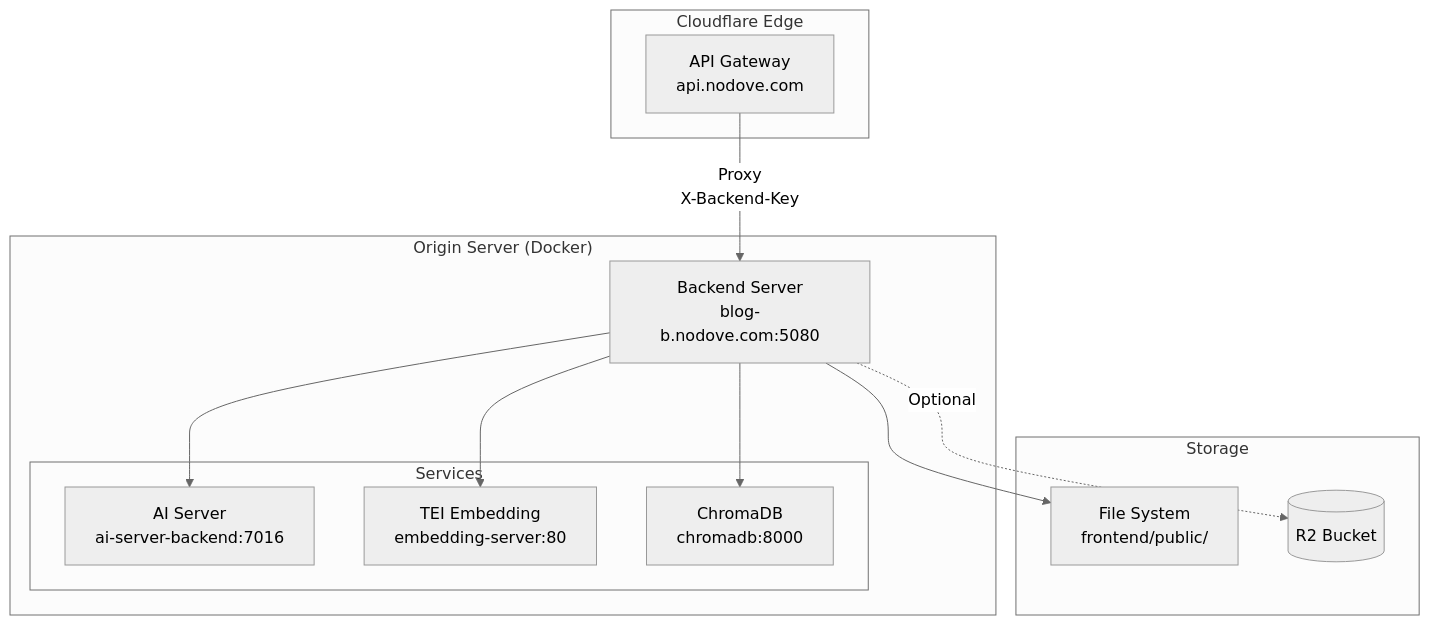
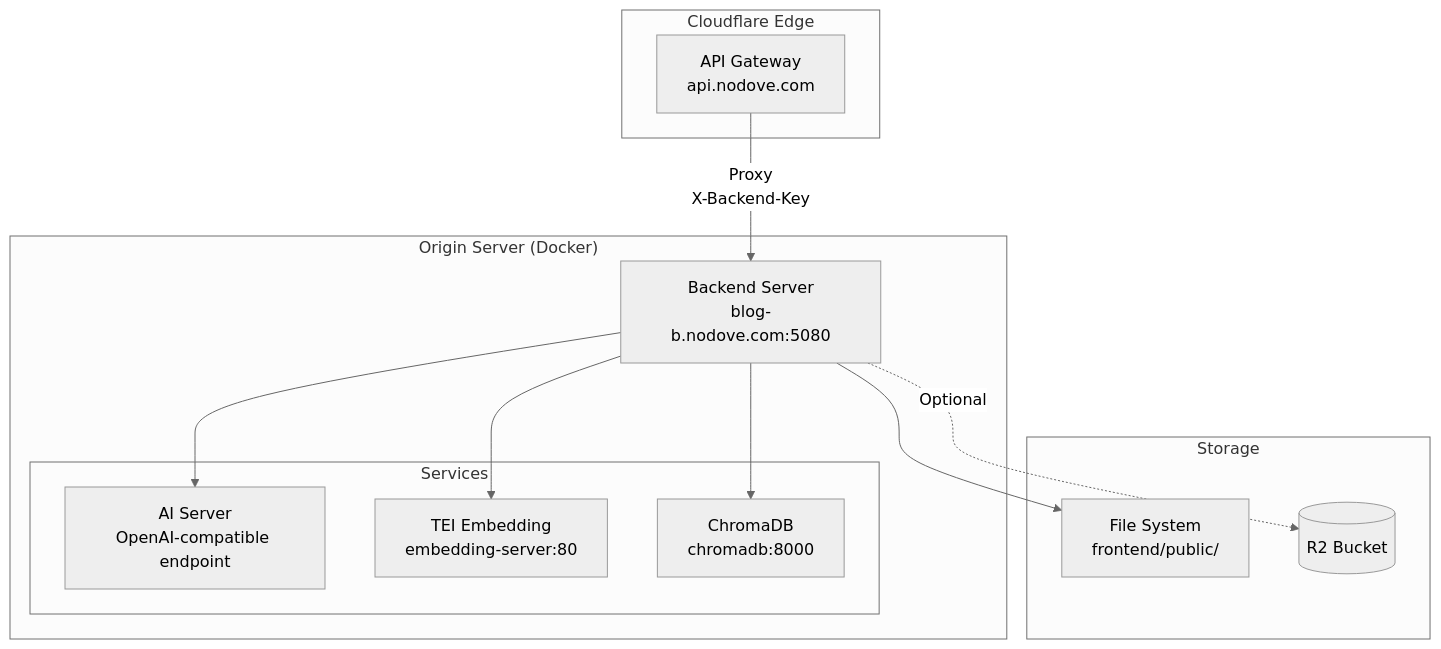
One commit to choisimo/blog changed the first of 3 diagrams in backend/README.md. Above: the diagram before and after it, drawn with Mermaid (neutral theme). The commit also changed other lines of this file and 33 other files, not shown here.

First line of the commit message:
refactor(backend): remove legacy OpenCode client and AI infrastructure

````diff
--- a/backend/README.md
+++ b/backend/README.md
@@ -40,28 +40,28 @@
 ```mermaid
 flowchart TB
     subgraph "Cloudflare Edge"
         API_GW[API Gateway<br/>api.nodove.com]
     end
 
     subgraph "Origin Server (Docker)"
         BE[Backend Server<br/>blog-b.nodove.com:5080]
         
         subgraph "Services"
-            AI_SRV[AI Server<br/>ai-server-backend:7016]
+            AI_SRV[AI Server<br/>OpenAI-compatible endpoint]
             TEI[TEI Embedding<br/>embedding-server:80]
             CHROMA[ChromaDB<br/>chromadb:8000]
         end
     end
 
     subgraph "Storage"
         FS[File System<br/>frontend/public/]
         R2[(R2 Bucket)]
     end
 
     API_GW -->|Proxy<br/>X-Backend-Key| BE
     BE --> AI_SRV
     BE --> TEI
     BE --> CHROMA
     BE --> FS
     BE -.->|Optional| R2
 ```
````
